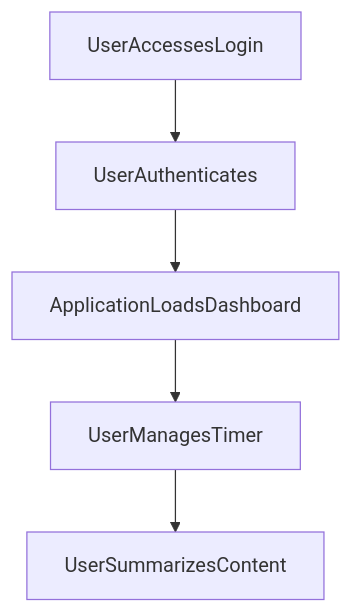
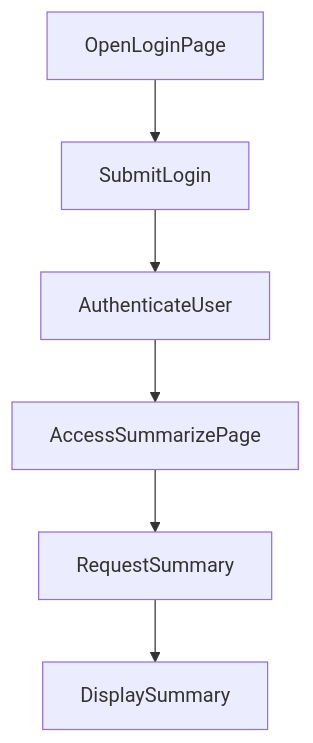
The second of 2 diagrams in README.md (yogithasivakumar/FocusZen), drawn with Mermaid before and after one commit. The commit also changed other lines of this file, not shown here.

````diff
--- a/README.md
+++ b/README.md
@@ -22,7 +23,8 @@
 ```mermaid
 flowchart TD
-    UserAccessesLogin --> UserAuthenticates
-    UserAuthenticates --> ApplicationLoadsDashboard
-    ApplicationLoadsDashboard --> UserManagesTimer
-    UserManagesTimer --> UserSummarizesContent
+    OpenLoginPage --> SubmitLogin
+    SubmitLogin --> AuthenticateUser
+    AuthenticateUser --> AccessSummarizePage
+    AccessSummarizePage --> RequestSummary
+    RequestSummary --> DisplaySummary
 ```
````
